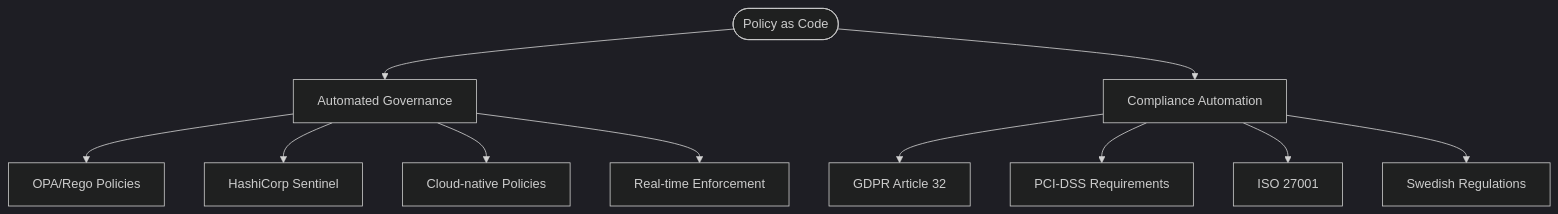
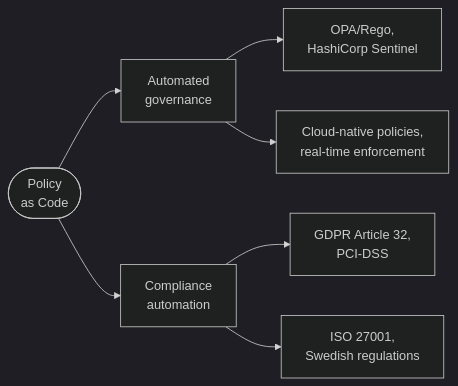
Before and after one commit to Geonitab/architecture_as_code: the diagram in docs/images/mindmap_10_security_policy.mmd, drawn with Mermaid (dark theme). The commit also changed 165 other files, not shown here.

First line of the commit message:
Readable diagrams, a check that measures them, and the rules in the guides

```diff
--- a/docs/images/mindmap_10_security_policy.mmd
+++ b/docs/images/mindmap_10_security_policy.mmd
@@ -1,12 +1,14 @@
-graph TD
-    ROOT(["Policy as Code"]):::geon-primary
-    ROOT --> AG["Automated Governance"]:::geon-accent
-    ROOT --> CA["Compliance Automation"]:::geon-accent
-    AG --> AG1["OPA/Rego Policies"]:::geon-highlight
-    AG --> AG2["HashiCorp Sentinel"]:::geon-highlight
-    AG --> AG3["Cloud-native Policies"]:::geon-highlight
-    AG --> AG4["Real-time Enforcement"]:::geon-highlight
-    CA --> CA1["GDPR Article 32"]:::geon-highlight
-    CA --> CA2["PCI-DSS Requirements"]:::geon-highlight
-    CA --> CA3["ISO 27001"]:::geon-highlight
-    CA --> CA4["Swedish Regulations"]:::geon-highlight
+flowchart LR
+    ROOT(["Policy<br/>as Code"]):::geon-primary
+    AG["Automated<br/>governance"]:::geon-accent
+    CA["Compliance<br/>automation"]:::geon-accent
+    AG1["OPA/Rego,<br/>HashiCorp Sentinel"]:::geon-highlight
+    AG2["Cloud-native policies,<br/>real-time enforcement"]:::geon-highlight
+    CA1["GDPR Article 32,<br/>PCI-DSS"]:::geon-highlight
+    CA2["ISO 27001,<br/>Swedish regulations"]:::geon-highlight
+    ROOT --> AG
+    ROOT --> CA
+    AG --> AG1
+    AG --> AG2
+    CA --> CA1
+    CA --> CA2
```
